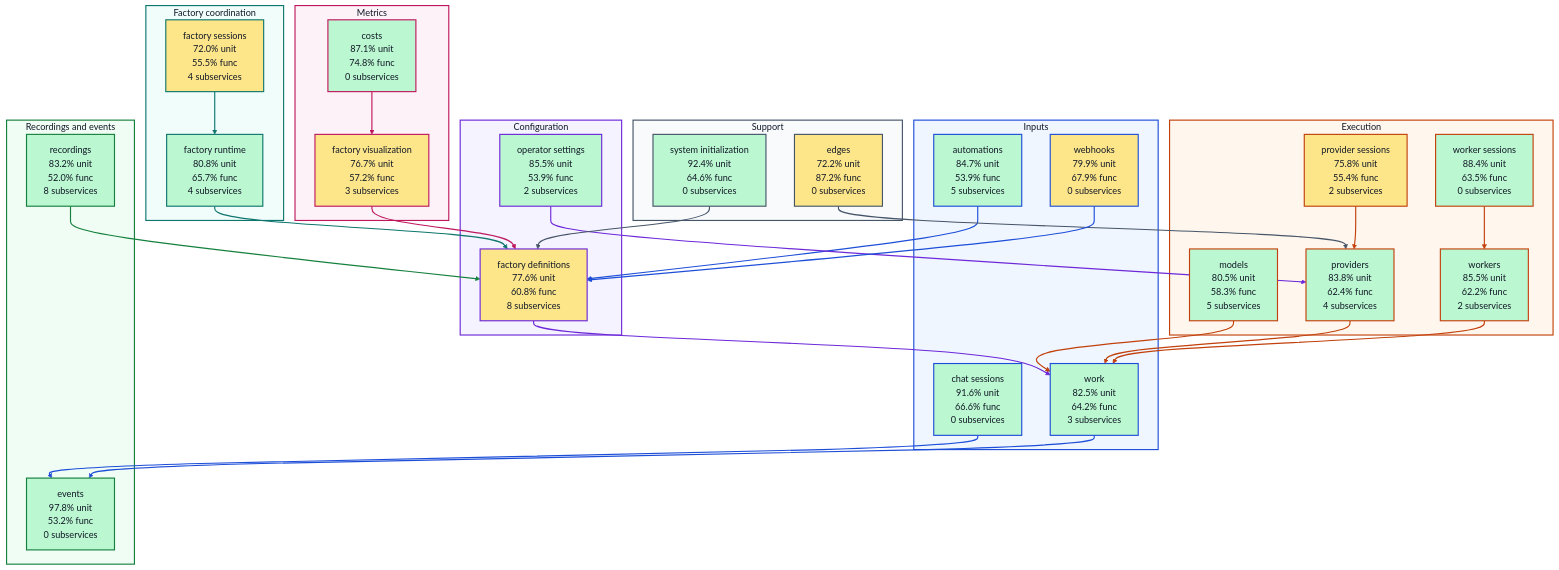
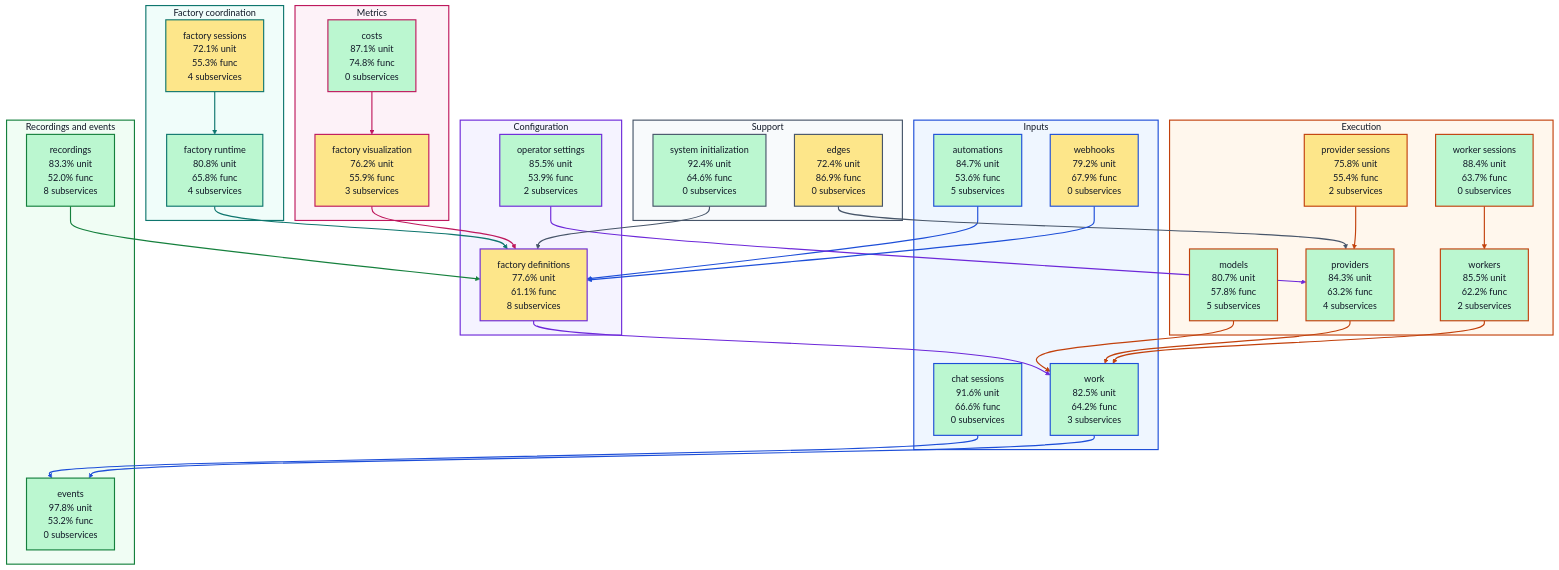
The diagram in docs/architecture/visualizations/high-level-test-coverage.md (portpowered/you-agent-factory), drawn with Mermaid (forest theme) before and after one commit. The commit also changed other lines of this file and 20 other files, not shown here.

Commit message:
docs: refresh backend architecture visualizations

````diff
--- a/docs/architecture/visualizations/high-level-test-coverage.md
+++ b/docs/architecture/visualizations/high-level-test-coverage.md
@@ -11,36 +11,36 @@
 ```mermaid
 flowchart TB
   subgraph input["Inputs"]
-    s_services_automations["automations<br/>84.7% unit<br/>53.9% func<br/>5 subservices"]
+    s_services_automations["automations<br/>84.7% unit<br/>53.6% func<br/>5 subservices"]
     s_services_chat_sessions["chat sessions<br/>91.6% unit<br/>66.6% func<br/>0 subservices"]
-    s_services_webhooks["webhooks<br/>79.9% unit<br/>67.9% func<br/>0 subservices"]
+    s_services_webhooks["webhooks<br/>79.2% unit<br/>67.9% func<br/>0 subservices"]
     s_services_work["work<br/>82.5% unit<br/>64.2% func<br/>3 subservices"]
   end
   subgraph configuration["Configuration"]
-    s_services_factory_definitions["factory definitions<br/>77.6% unit<br/>60.8% func<br/>8 subservices"]
+    s_services_factory_definitions["factory definitions<br/>77.6% unit<br/>61.1% func<br/>8 subservices"]
     s_services_operator_settings["operator settings<br/>85.5% unit<br/>53.9% func<br/>2 subservices"]
   end
   subgraph coordination["Factory coordination"]
-    s_services_factory_runtime["factory runtime<br/>80.8% unit<br/>65.7% func<br/>4 subservices"]
-    s_services_factory_sessions["factory sessions<br/>72.0% unit<br/>55.5% func<br/>4 subservices"]
+    s_services_factory_runtime["factory runtime<br/>80.8% unit<br/>65.8% func<br/>4 subservices"]
+    s_services_factory_sessions["factory sessions<br/>72.1% unit<br/>55.3% func<br/>4 subservices"]
   end
   subgraph execution["Execution"]
-    s_services_models["models<br/>80.5% unit<br/>58.3% func<br/>5 subservices"]
+    s_services_models["models<br/>80.7% unit<br/>57.8% func<br/>5 subservices"]
     s_services_provider_sessions["provider sessions<br/>75.8% unit<br/>55.4% func<br/>2 subservices"]
-    s_services_providers["providers<br/>83.8% unit<br/>62.4% func<br/>4 subservices"]
-    s_services_worker_sessions["worker sessions<br/>88.4% unit<br/>63.5% func<br/>0 subservices"]
+    s_services_providers["providers<br/>84.3% unit<br/>63.2% func<br/>4 subservices"]
+    s_services_worker_sessions["worker sessions<br/>88.4% unit<br/>63.7% func<br/>0 subservices"]
     s_services_workers["workers<br/>85.5% unit<br/>62.2% func<br/>2 subservices"]
   end
   subgraph recordings["Recordings and events"]
     s_services_events["events<br/>97.8% unit<br/>53.2% func<br/>0 subservices"]
-    s_services_recordings["recordings<br/>83.2% unit<br/>52.0% func<br/>8 subservices"]
+    s_services_recordings["recordings<br/>83.3% unit<br/>52.0% func<br/>8 subservices"]
   end
   subgraph metrics["Metrics"]
     s_services_costs["costs<br/>87.1% unit<br/>74.8% func<br/>0 subservices"]
-    s_services_factory_visualization["factory visualization<br/>76.7% unit<br/>57.2% func<br/>3 subservices"]
+    s_services_factory_visualization["factory visualization<br/>76.2% unit<br/>55.9% func<br/>3 subservices"]
   end
   subgraph support["Support"]
-    s_services_edges["edges<br/>72.2% unit<br/>87.2% func<br/>0 subservices"]
+    s_services_edges["edges<br/>72.4% unit<br/>86.9% func<br/>0 subservices"]
     s_services_system_initialization["system initialization<br/>92.4% unit<br/>64.6% func<br/>0 subservices"]
   end
   s_services_automations --> s_services_factory_definitions
````
